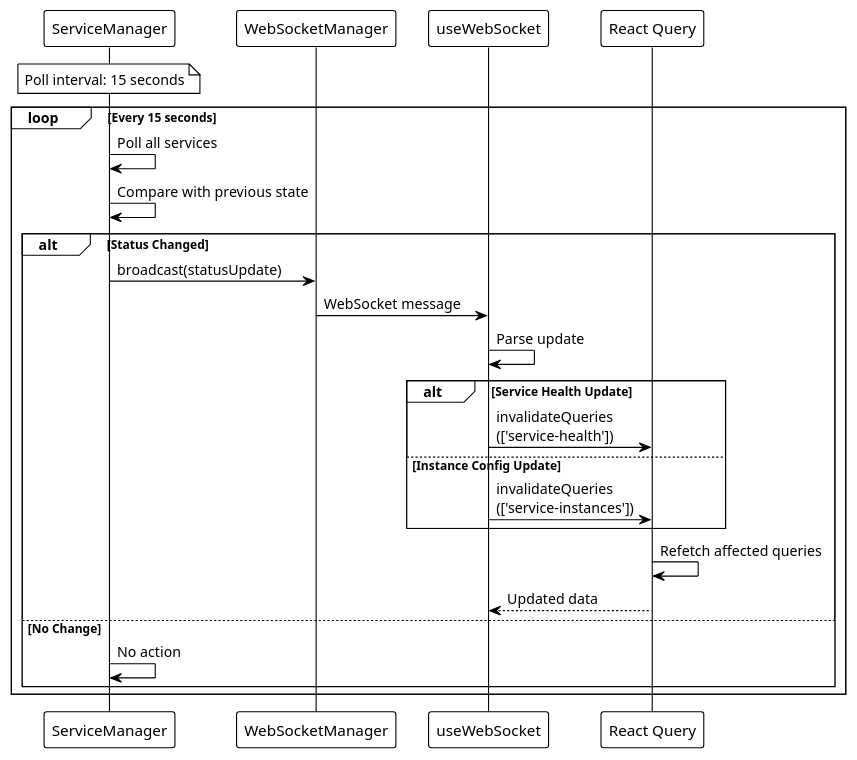
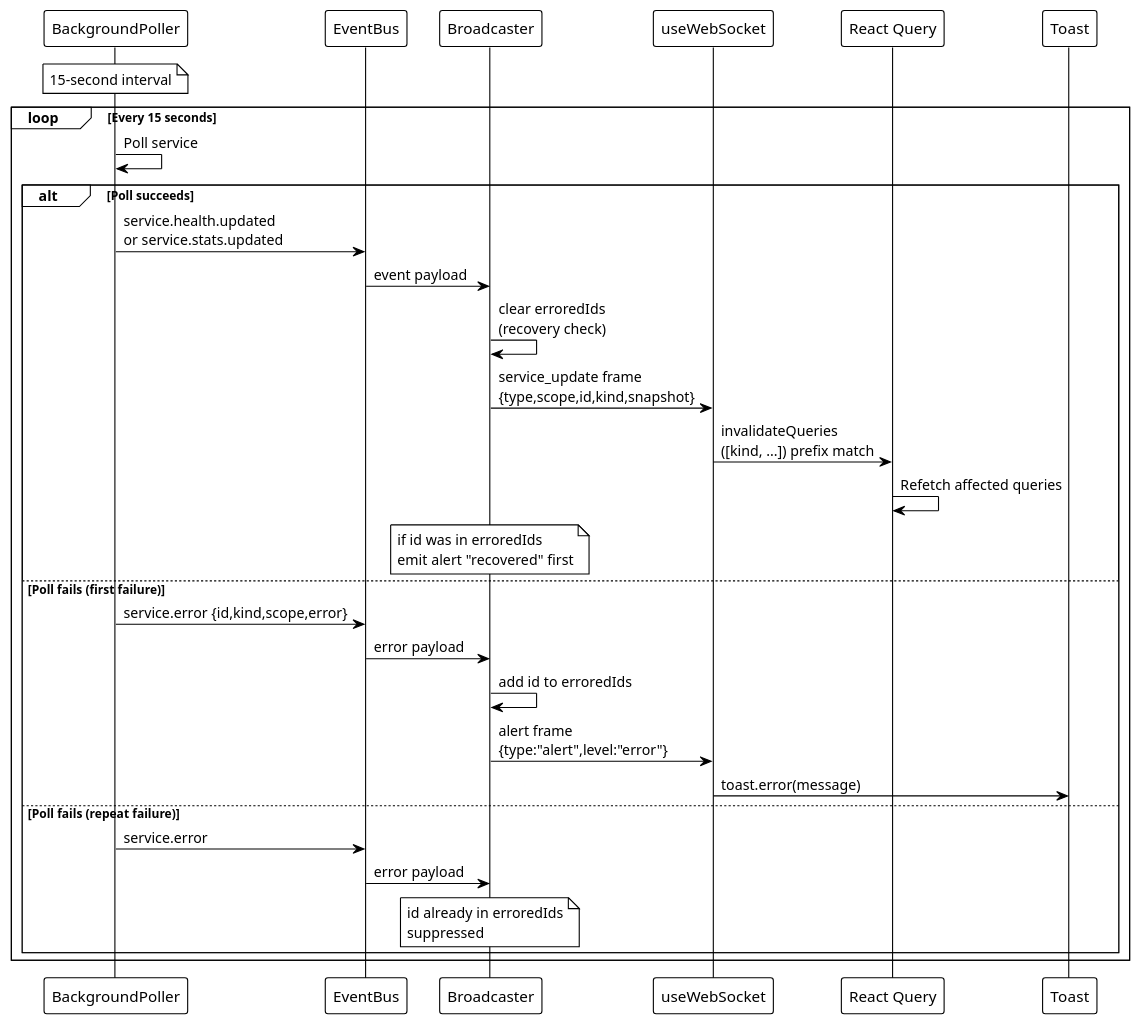
Before and after one commit to EraPartner/Watchman: the second of 3 diagrams in docs/features/real-time-updates.md, drawn with PlantUML. The commit also changed other lines of this file and 26 other files, not shown here.

````diff
--- a/docs/features/real-time-updates.md
+++ b/docs/features/real-time-updates.md
@@ -158,35 +185,39 @@
 ```plantuml
 @startuml
 !theme plain
 
-participant "ServiceManager" as SvcMgr
-participant "WebSocketManager" as WSMgr
+participant "BackgroundPoller" as Poller
+participant "EventBus" as Bus
+participant "Broadcaster" as Bcast
 participant "useWebSocket" as Hook
 participant "React Query" as Query
+participant "Toast" as Toast
 
-note over SvcMgr : Poll interval: 15 seconds
+note over Poller : 15-second interval
 
 loop Every 15 seconds
-    SvcMgr -> SvcMgr : Poll all services
-    SvcMgr -> SvcMgr : Compare with previous state
+    Poller -> Poller : Poll service
 
-    alt Status Changed
-        SvcMgr -> WSMgr : broadcast(statusUpdate)
+    alt Poll succeeds
+        Poller -> Bus : service.health.updated\nor service.stats.updated
+        Bus -> Bcast : event payload
+        Bcast -> Bcast : clear erroredIds\n(recovery check)
+        Bcast -> Hook : service_update frame\n{type,scope,id,kind,snapshot}
+        Hook -> Query : invalidateQueries\n([kind, ...]) prefix match
+        Query -> Query : Refetch affected queries
 
-        WSMgr -> Hook : WebSocket message
-        Hook -> Hook : Parse update
-
-        alt Service Health Update
-            Hook -> Query : invalidateQueries\n(['service-health'])
-        else Instance Config Update
-            Hook -> Query : invalidateQueries\n(['service-instances'])
-        end
-
-        Query -> Query : Refetch affected queries
-        Query --> Hook : Updated data
-    else No Change
-        SvcMgr -> SvcMgr : No action
+        note over Bcast : if id was in erroredIds\nemit alert "recovered" first
+    else Poll fails (first failure)
+        Poller -> Bus : service.error {id,kind,scope,error}
+        Bus -> Bcast : error payload
+        Bcast -> Bcast : add id to erroredIds
+        Bcast -> Hook : alert frame\n{type:"alert",level:"error"}
+        Hook -> Toast : toast.error(message)
+    else Poll fails (repeat failure)
+        Poller -> Bus : service.error
+        Bus -> Bcast : error payload
+        note over Bcast : id already in erroredIds\nsuppressed
     end
 end
 @enduml
 ```
````
